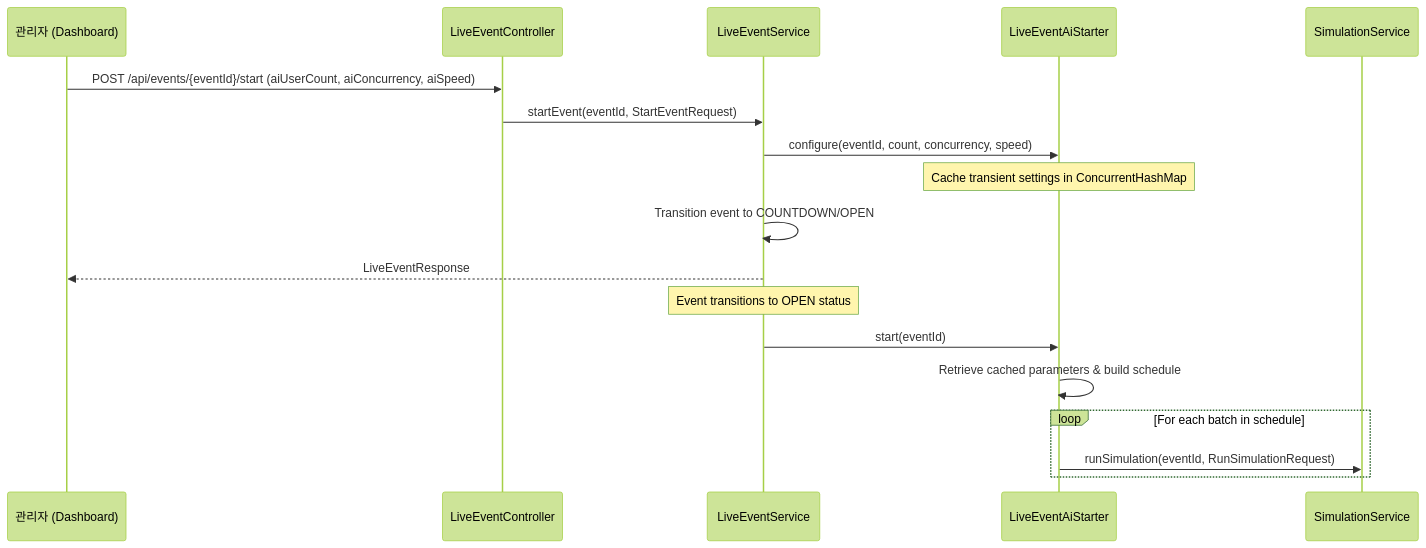
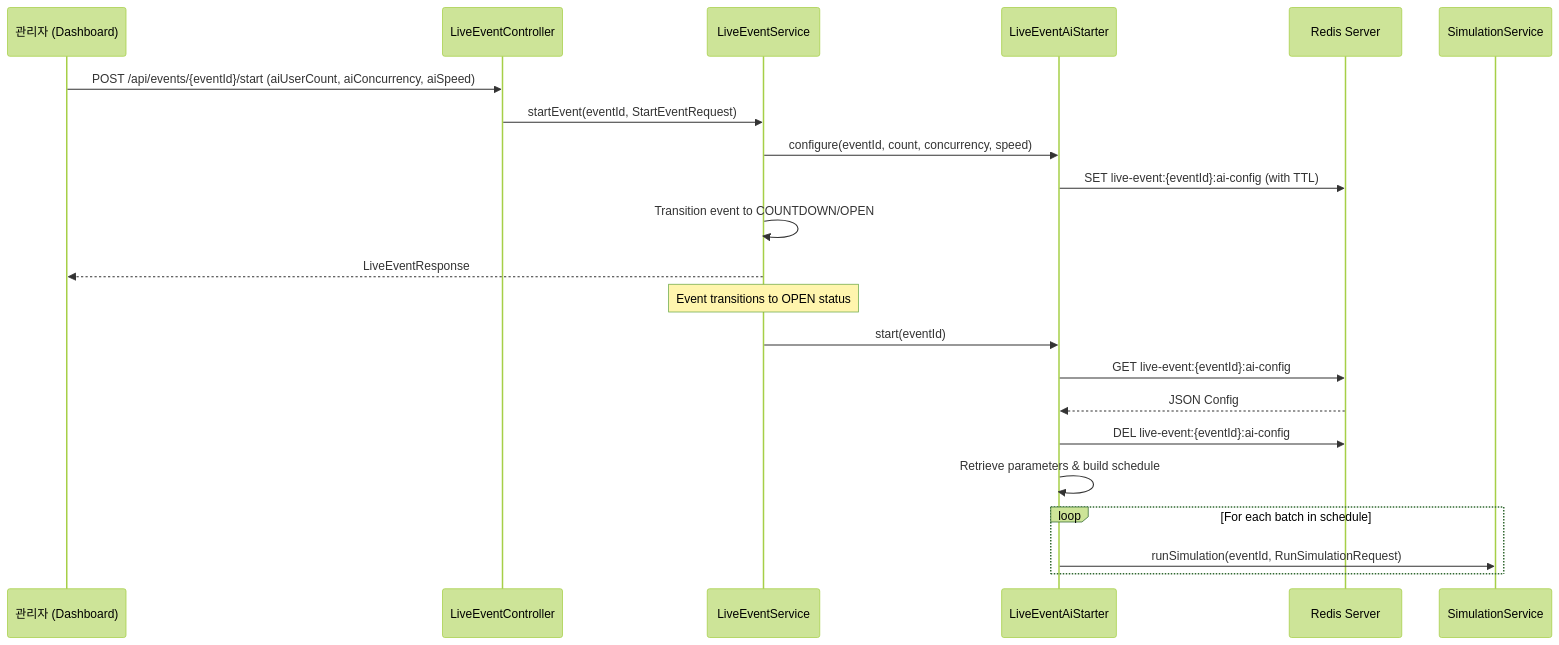
The diagram in docs/superpowers/specs/2026-06-09-configurable-ai-simulation-design.md (Chocojipsa/simulation), drawn with Mermaid (forest theme) before and after one commit. The commit also changed other lines of this file and 1 other file, not shown here.

````diff
--- a/docs/superpowers/specs/2026-06-09-configurable-ai-simulation-design.md
+++ b/docs/superpowers/specs/2026-06-09-configurable-ai-simulation-design.md
@@ -230,22 +220,26 @@
 ```mermaid
 sequenceDiagram
     participant User as 관리자 (Dashboard)
     participant Ctrl as LiveEventController
     participant Serv as LiveEventService
     participant Starter as LiveEventAiStarter
+    participant Redis as Redis Server
     participant Sim as SimulationService
 
     User->>Ctrl: POST /api/events/{eventId}/start (aiUserCount, aiConcurrency, aiSpeed)
     Ctrl->>Serv: startEvent(eventId, StartEventRequest)
     Serv->>Starter: configure(eventId, count, concurrency, speed)
-    Note over Starter: Cache transient settings in ConcurrentHashMap
+    Starter->>Redis: SET live-event:{eventId}:ai-config (with TTL)
     Serv->>Serv: Transition event to COUNTDOWN/OPEN
     Serv-->>User: LiveEventResponse
     
     Note over Serv: Event transitions to OPEN status
     Serv->>Starter: start(eventId)
-    Starter->>Starter: Retrieve cached parameters & build schedule
+    Starter->>Redis: GET live-event:{eventId}:ai-config
+    Redis-->>Starter: JSON Config
+    Starter->>Redis: DEL live-event:{eventId}:ai-config
+    Starter->>Starter: Retrieve parameters & build schedule
     loop For each batch in schedule
         Starter->>Sim: runSimulation(eventId, RunSimulationRequest)
     end
 ```
````
